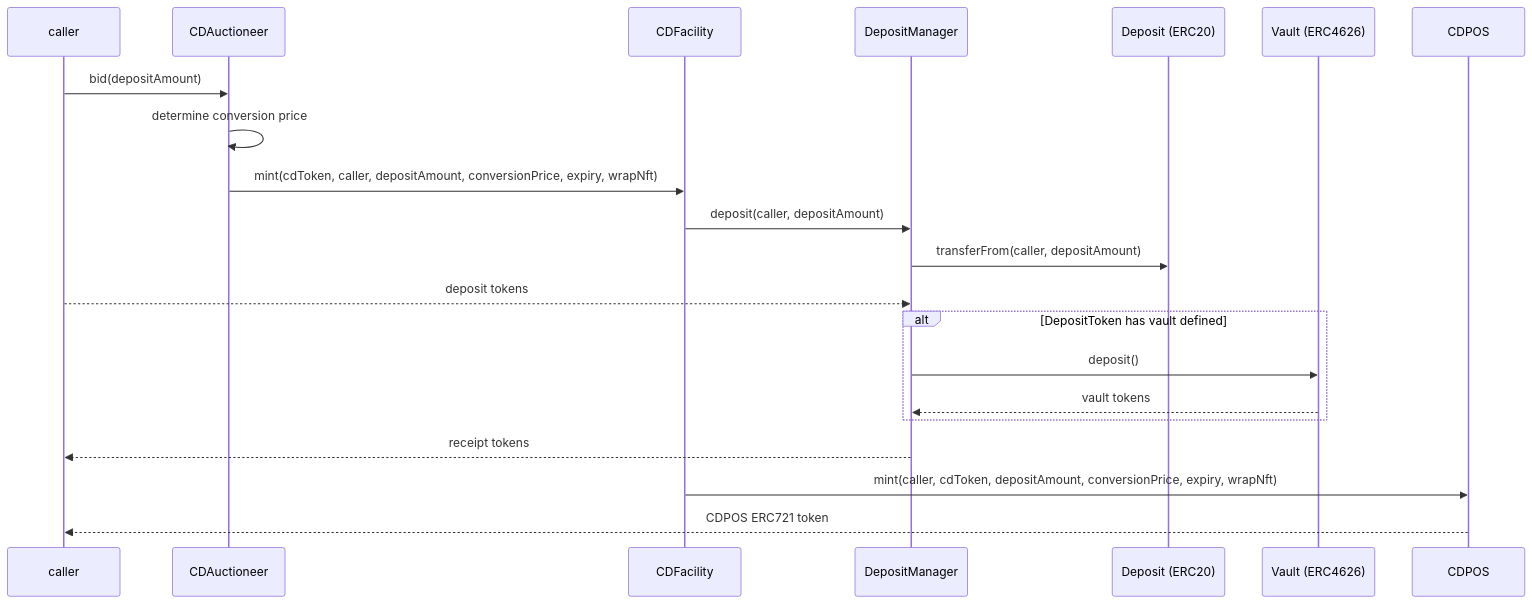
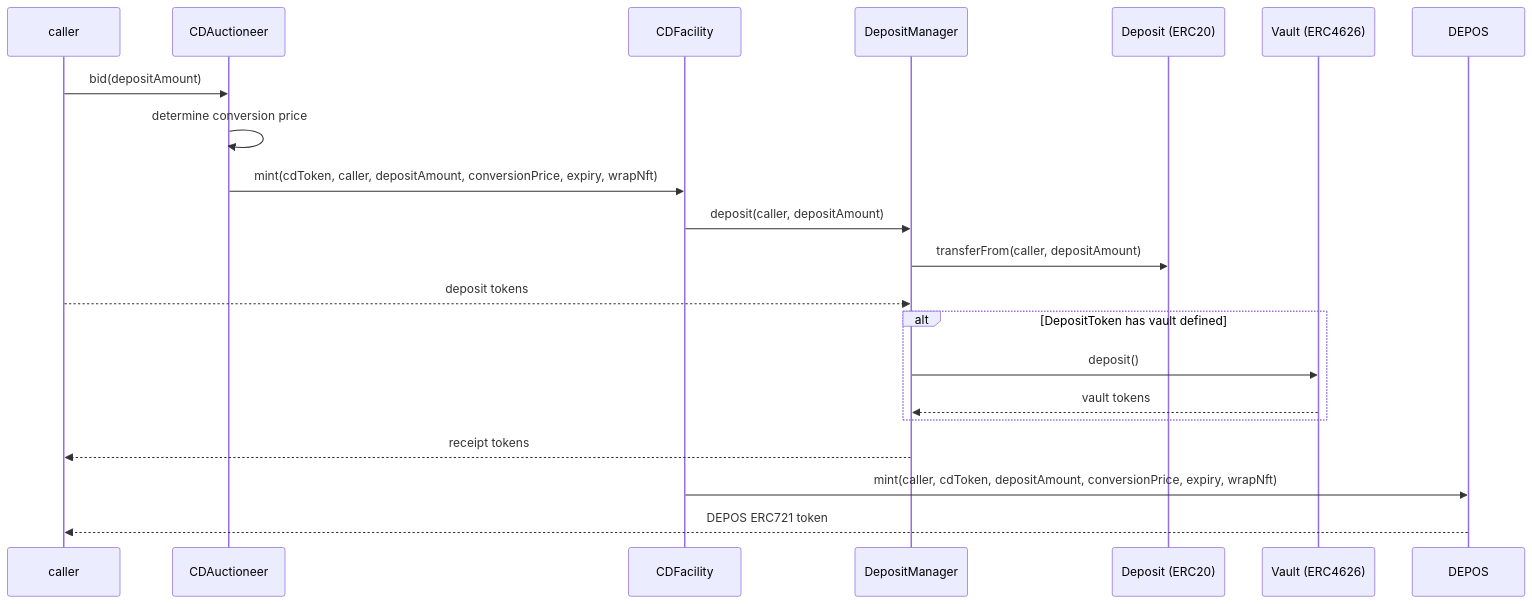
The third of 7 diagrams in audit/2025-01_convertible-deposits/README.md (OlympusDAO/olympus-v3), drawn with Mermaid before and after one commit. The commit also changed other lines of this file and 35 other files, not shown here.

Commit message:
Rename module CDPOS->DEPOS

````diff
--- a/audit/2025-01_convertible-deposits/README.md
+++ b/audit/2025-01_convertible-deposits/README.md
@@ -259,24 +259,24 @@
 ```mermaid
 sequenceDiagram
     participant caller
     participant CDAuctioneer
     participant CDFacility
     participant DepositManager
     participant DepositToken as Deposit (ERC20)
     participant VaultToken as Vault (ERC4626)
-    participant CDPOS
+    participant DEPOS
 
     caller->>CDAuctioneer: bid(depositAmount)
     CDAuctioneer->>CDAuctioneer: determine conversion price
     CDAuctioneer->>CDFacility: mint(cdToken, caller, depositAmount, conversionPrice, expiry, wrapNft)
     CDFacility->>DepositManager: deposit(caller, depositAmount)
     DepositManager->>DepositToken: transferFrom(caller, depositAmount)
     caller-->>DepositManager: deposit tokens
     alt DepositToken has vault defined
         DepositManager->>VaultToken: deposit()
         VaultToken-->>DepositManager: vault tokens
     end
     DepositManager-->>caller: receipt tokens
-    CDFacility->>CDPOS: mint(caller, cdToken, depositAmount, conversionPrice, expiry, wrapNft)
-    CDPOS-->>caller: CDPOS ERC721 token
+    CDFacility->>DEPOS: mint(caller, cdToken, depositAmount, conversionPrice, expiry, wrapNft)
+    DEPOS-->>caller: DEPOS ERC721 token
 ```
````
